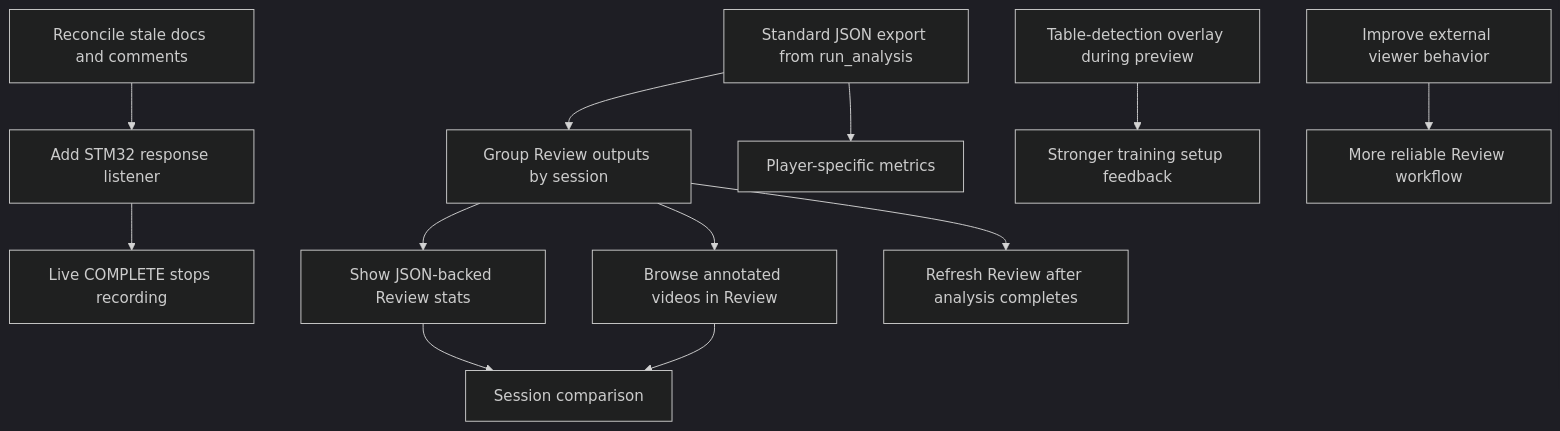
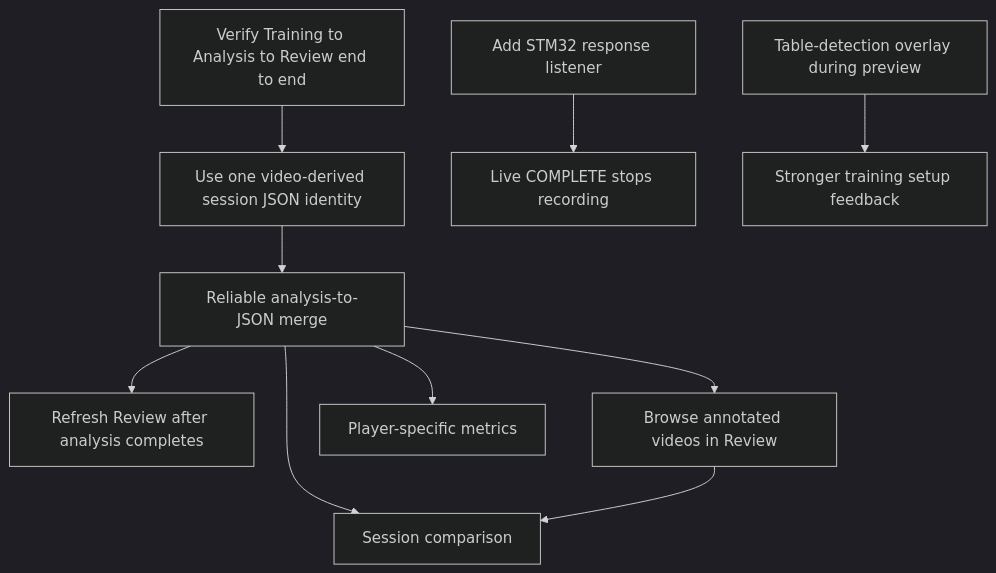
One commit to CoulterRolph/Capstone_Opencv changed the diagram in jetson/docs/backlog.md. Above: the diagram before and after it, drawn with Mermaid (dark theme). The commit also changed other lines of this file and 9 other files, not shown here.

````diff
--- a/jetson/docs/backlog.md
+++ b/jetson/docs/backlog.md
@@ -8,17 +8,15 @@
 ```mermaid
 flowchart TD
-    StaleDocs[Reconcile stale docs and comments] --> Listener[Add STM32 response listener]
-    Listener --> CompleteFlow[Live COMPLETE stops recording]
+    VerifySession[Verify Training to Analysis to Review end to end] --> StableIdentity[Use one video-derived session JSON identity]
+    StableIdentity --> ReliableMerge[Reliable analysis-to-JSON merge]
+    ReliableMerge --> AutoRefresh[Refresh Review after analysis completes]
+    ReliableMerge --> AnnotatedReview[Browse annotated videos in Review]
 
-    JsonExport[Standard JSON export from run_analysis] --> ReviewGrouping[Group Review outputs by session]
-    ReviewGrouping --> ReviewStats[Show JSON-backed Review stats]
-    ReviewGrouping --> AnnotatedReview[Browse annotated videos in Review]
-    ReviewGrouping --> AutoRefresh[Refresh Review after analysis completes]
+    Listener[Add STM32 response listener] --> CompleteFlow[Live COMPLETE stops recording]
 
     PreviewOverlay[Table-detection overlay during preview] --> TrainingUx[Stronger training setup feedback]
 
-    ReviewStats --> SessionCompare[Session comparison]
+    ReliableMerge --> SessionCompare[Session comparison]
     AnnotatedReview --> SessionCompare
-    JsonExport --> PlayerMetrics[Player-specific metrics]
-    ExternalViewer[Improve external viewer behavior] --> ReviewUx[More reliable Review workflow]
+    ReliableMerge --> PlayerMetrics[Player-specific metrics]
 ```
````
